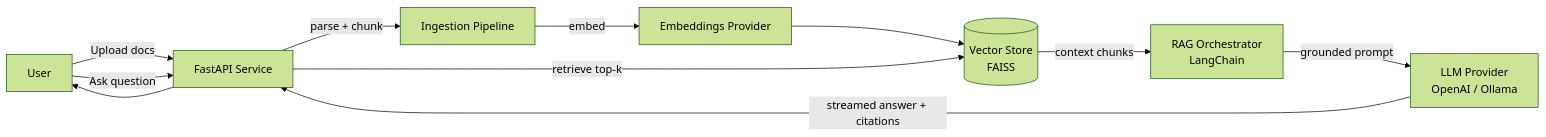
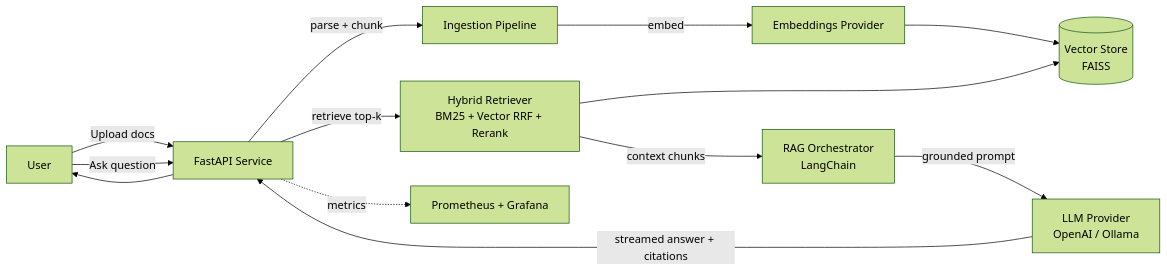
One commit to SurabhiSaiKiranReddy/docrag changed the diagram in README.md. Above: the diagram before and after it, drawn with Mermaid (forest theme). The commit also changed other lines of this file and 4 other files, not shown here.

First line of the commit message:
docs: add screenshots + rendered architecture diagram to README

````diff
--- a/README.md
+++ b/README.md
@@ -94,13 +101,15 @@
 ```mermaid
 flowchart LR
     U[User] -->|Upload docs| API[FastAPI Service]
     U -->|Ask question| API
     API -->|parse + chunk| ING[Ingestion Pipeline]
     ING -->|embed| EMB[Embeddings Provider]
     EMB --> VDB[(Vector Store<br/>FAISS)]
-    API -->|retrieve top-k| VDB
-    VDB -->|context chunks| RAG[RAG Orchestrator<br/>LangChain]
+    API -->|retrieve top-k| RET[Hybrid Retriever<br/>BM25 + Vector RRF + Rerank]
+    RET --> VDB
+    RET -->|context chunks| RAG[RAG Orchestrator<br/>LangChain]
     RAG -->|grounded prompt| LLM[LLM Provider<br/>OpenAI / Ollama]
     LLM -->|streamed answer + citations| API
     API --> U
+    API -. metrics .-> OBS[Prometheus + Grafana]
 ```
````
